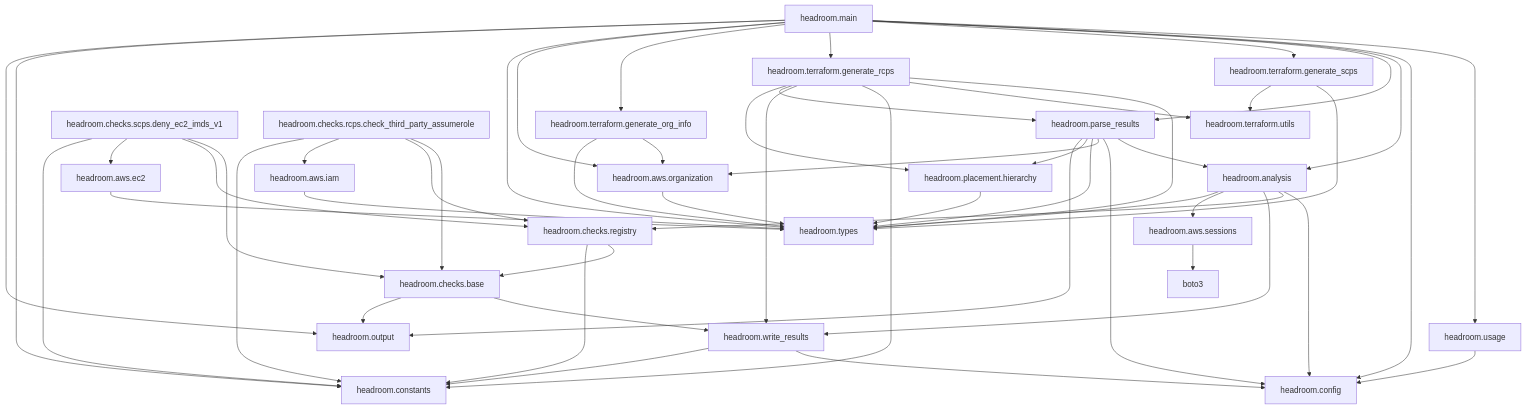
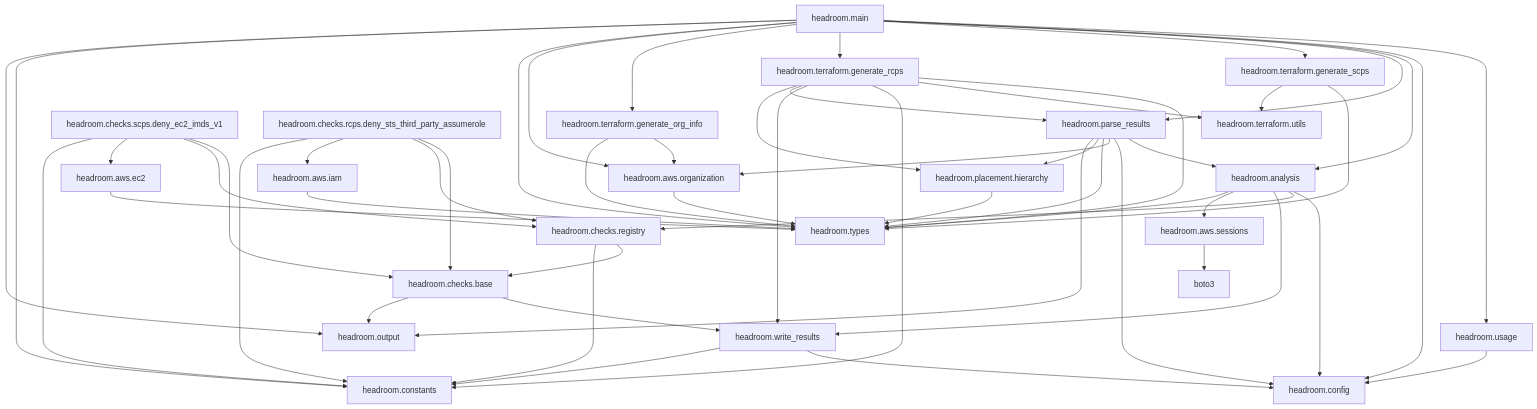
Before and after one commit to KevinHock/Headroom: the diagram in documentation/mermaid_diagrams/module_dependency.md, drawn with Mermaid. The commit also changed 25 other files, not shown here.

First line of the commit message:
Refactor: Rename third_party_assumerole to deny_sts_third_party_assumerole

````diff
--- a/documentation/mermaid_diagrams/module_dependency.md
+++ b/documentation/mermaid_diagrams/module_dependency.md
@@ -3,68 +3,68 @@
 ```mermaid
 graph TD
   headroom.main --> headroom.usage
   headroom.main --> headroom.config
   headroom.main --> headroom.analysis
   headroom.main --> headroom.parse_results
   headroom.main --> headroom.terraform.generate_scps
   headroom.main --> headroom.terraform.generate_rcps
   headroom.main --> headroom.terraform.generate_org_info
   headroom.main --> headroom.aws.organization
   headroom.main --> headroom.types
   headroom.main --> headroom.constants
   headroom.main --> headroom.output
 
   headroom.analysis --> headroom.config
   headroom.analysis --> headroom.checks.registry
   headroom.analysis --> headroom.write_results
   headroom.analysis --> headroom.aws.sessions
   headroom.analysis --> headroom.types
 
   headroom.checks.registry --> headroom.checks.base
   headroom.checks.registry --> headroom.constants
 
   headroom.checks.base --> headroom.write_results
   headroom.checks.base --> headroom.output
 
   headroom.checks.scps.deny_ec2_imds_v1 --> headroom.checks.base
   headroom.checks.scps.deny_ec2_imds_v1 --> headroom.checks.registry
   headroom.checks.scps.deny_ec2_imds_v1 --> headroom.aws.ec2
   headroom.checks.scps.deny_ec2_imds_v1 --> headroom.constants
 
-  headroom.checks.rcps.check_third_party_assumerole --> headroom.checks.base
-  headroom.checks.rcps.check_third_party_assumerole --> headroom.checks.registry
-  headroom.checks.rcps.check_third_party_assumerole --> headroom.aws.iam
-  headroom.checks.rcps.check_third_party_assumerole --> headroom.constants
+  headroom.checks.rcps.deny_sts_third_party_assumerole --> headroom.checks.base
+  headroom.checks.rcps.deny_sts_third_party_assumerole --> headroom.checks.registry
+  headroom.checks.rcps.deny_sts_third_party_assumerole --> headroom.aws.iam
+  headroom.checks.rcps.deny_sts_third_party_assumerole --> headroom.constants
 
   headroom.parse_results --> headroom.analysis
   headroom.parse_results --> headroom.config
   headroom.parse_results --> headroom.aws.organization
   headroom.parse_results --> headroom.types
   headroom.parse_results --> headroom.placement.hierarchy
   headroom.parse_results --> headroom.output
 
   headroom.placement.hierarchy --> headroom.types
 
   headroom.terraform.generate_scps --> headroom.types
   headroom.terraform.generate_scps --> headroom.terraform.utils
 
   headroom.terraform.generate_rcps --> headroom.types
   headroom.terraform.generate_rcps --> headroom.terraform.utils
   headroom.terraform.generate_rcps --> headroom.constants
   headroom.terraform.generate_rcps --> headroom.write_results
   headroom.terraform.generate_rcps --> headroom.parse_results
   headroom.terraform.generate_rcps --> headroom.placement.hierarchy
 
   headroom.terraform.generate_org_info --> headroom.aws.organization
   headroom.terraform.generate_org_info --> headroom.types
 
   headroom.aws.organization --> headroom.types
   headroom.aws.ec2 --> headroom.types
   headroom.aws.iam --> headroom.types
   headroom.aws.sessions --> boto3
 
   headroom.usage --> headroom.config
 
   headroom.write_results --> headroom.config
   headroom.write_results --> headroom.constants
 ```
````
